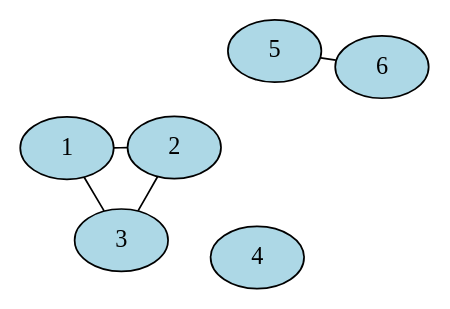
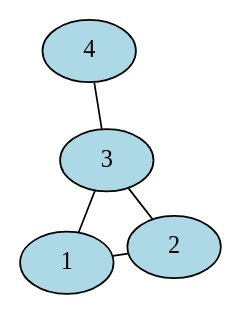
Before and after one commit to atotgerman/DUE_Fscharp: the diagram in intervallumgraf.dot, drawn with Graphviz. The commit also changed 1 other file, not shown here.

```diff
--- a/intervallumgraf.dot
+++ b/intervallumgraf.dot
@@ -1,15 +1,13 @@
 graph G {
   layout=neato;
   overlap=false;
   splines=true;
   1 [label="1", style=filled, fillcolor=lightblue, tooltip="[2,7]"];
-  2 [label="2", style=filled, fillcolor=lightblue, tooltip="[3,8]"];
-  3 [label="3", style=filled, fillcolor=lightblue, tooltip="[7,9]"];
-  4 [label="4", style=filled, fillcolor=lightblue, tooltip="[10,11]"];
-  5 [label="5", style=filled, fillcolor=lightblue, tooltip="[12,18]"];
-  6 [label="6", style=filled, fillcolor=lightblue, tooltip="[13,15]"];
+  2 [label="2", style=filled, fillcolor=lightblue, tooltip="[3,9]"];
+  3 [label="3", style=filled, fillcolor=lightblue, tooltip="[6,11]"];
+  4 [label="4", style=filled, fillcolor=lightblue, tooltip="[10,13]"];
   1 -- 2;
   1 -- 3;
   2 -- 3;
-  5 -- 6;
+  3 -- 4;
 }
```
